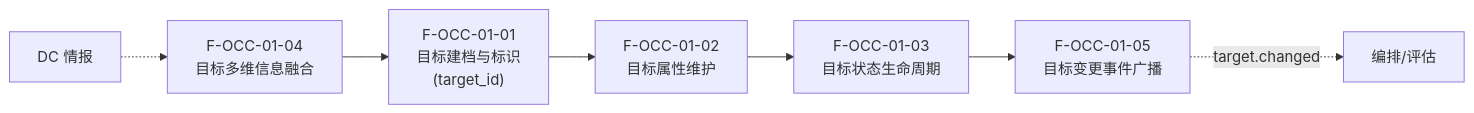
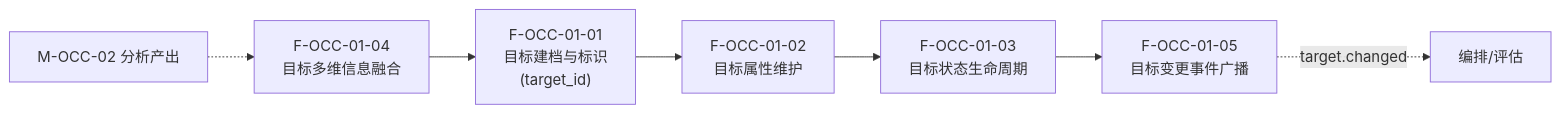
Before and after one commit to Sj-g/obsidian: diagram 26 of 45 in 公司项目/认知作战/文档/软件概要设计-架构图.md, drawn with Mermaid. The commit also changed other lines of this file and 4 other files, not shown here.

````diff
--- a/公司项目/认知作战/文档/软件概要设计-架构图.md
+++ b/公司项目/认知作战/文档/软件概要设计-架构图.md
@@ -679,14 +571,14 @@
 ```mermaid
 flowchart LR
     F0101["F-OCC-01-01<br/>目标建档与标识<br/>(target_id)"]
     F0102["F-OCC-01-02<br/>目标属性维护"]
     F0103["F-OCC-01-03<br/>目标状态生命周期"]
     F0104["F-OCC-01-04<br/>目标多维信息融合"]
     F0105["F-OCC-01-05<br/>目标变更事件广播"]
 
     F0104 --> F0101
     F0101 --> F0102 --> F0103
     F0103 --> F0105
     F0105 -.->|"target.changed"| EXT["编排/评估"]
-    DC["DC 情报"] -.-> F0104
+    OCC2["M-OCC-02 分析产出"] -.-> F0104
 ```
````
